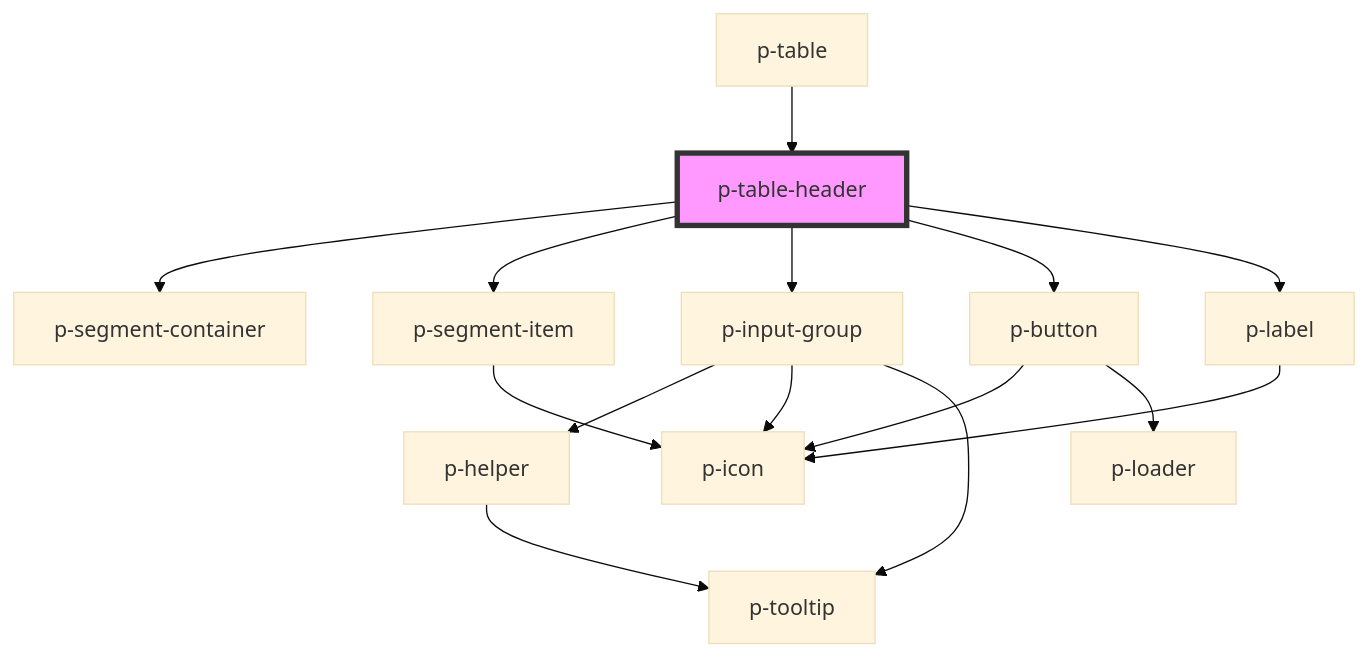
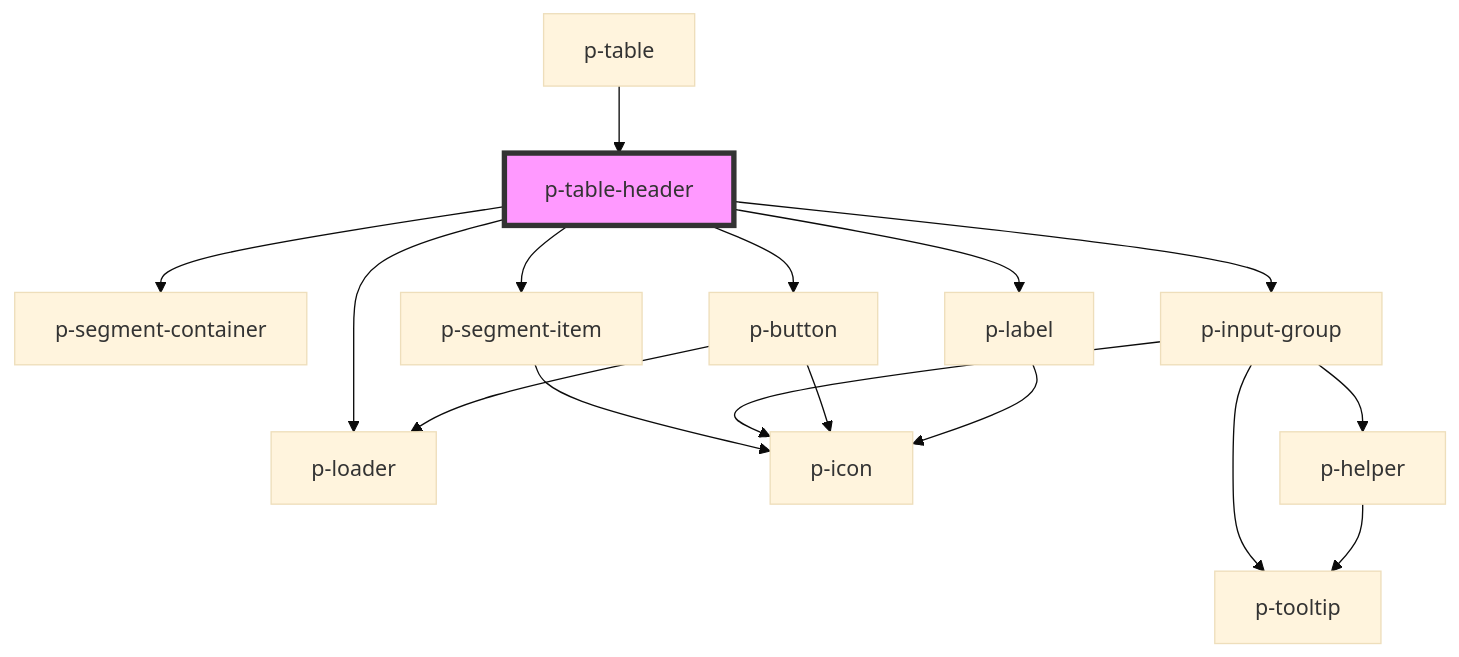
Before and after one commit to Employes/paperless: the diagram in packages/core/src/components/molecules/table-header/readme.md, drawn with Mermaid (base theme). The commit also changed other lines of this file and 5 other files, not shown here.

````diff
--- a/packages/core/src/components/molecules/table-header/readme.md
+++ b/packages/core/src/components/molecules/table-header/readme.md
@@ -56,18 +58,19 @@
 ```mermaid
 graph TD;
+  p-table-header --> p-loader
   p-table-header --> p-segment-container
   p-table-header --> p-segment-item
   p-table-header --> p-input-group
   p-table-header --> p-button
   p-table-header --> p-label
   p-segment-item --> p-icon
   p-input-group --> p-helper
   p-input-group --> p-icon
   p-input-group --> p-tooltip
   p-helper --> p-tooltip
   p-button --> p-icon
   p-button --> p-loader
   p-label --> p-icon
   p-table --> p-table-header
   style p-table-header fill:#f9f,stroke:#333,stroke-width:4px
 ```
````
